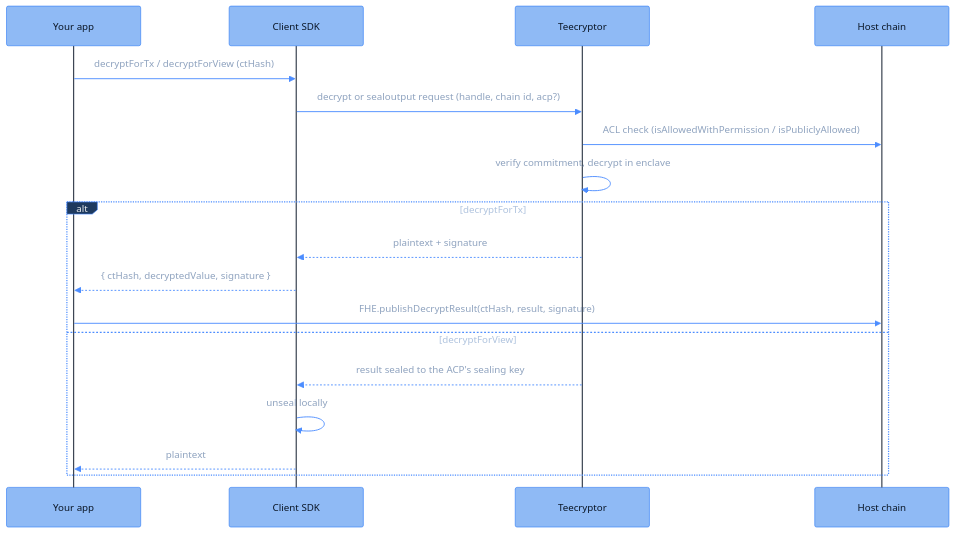
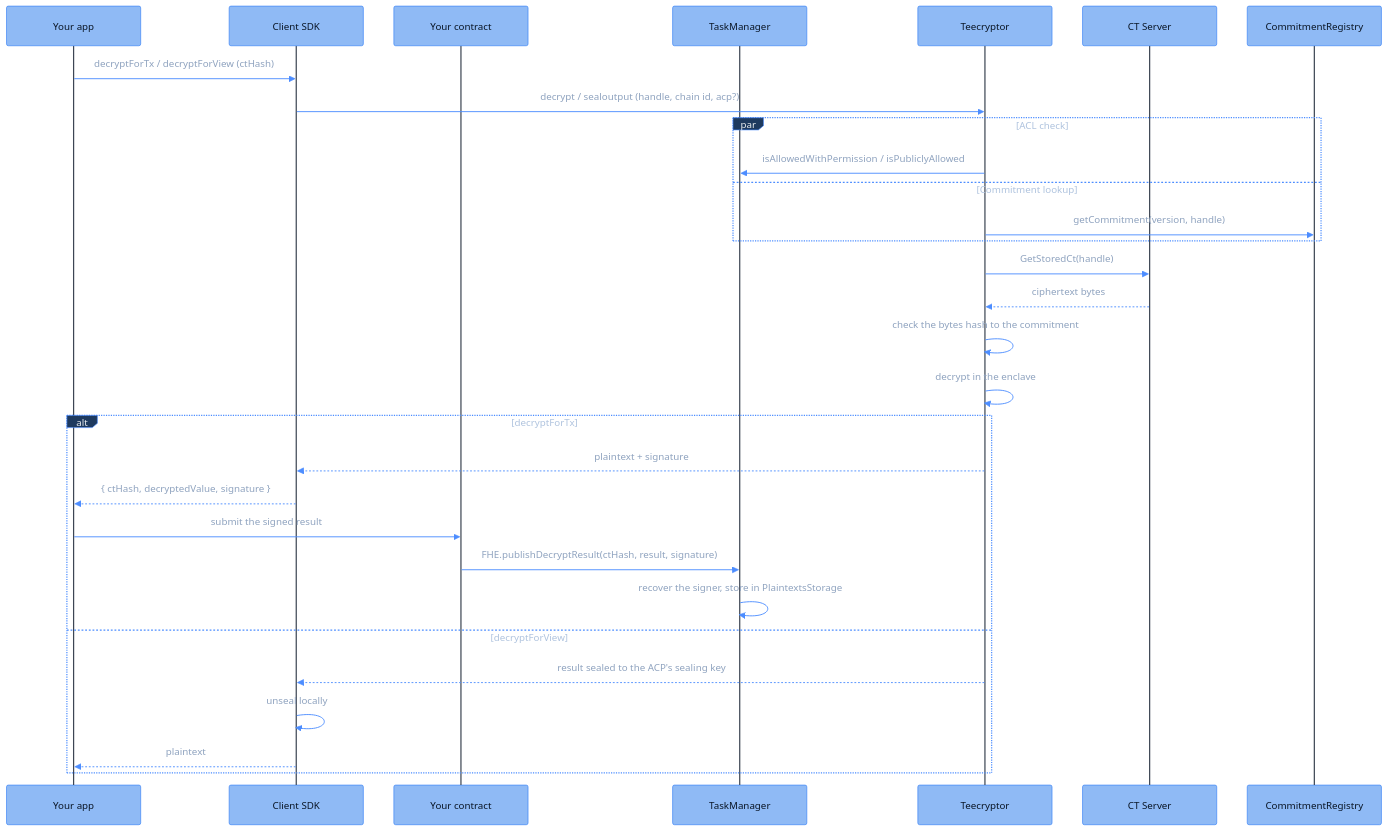
The diagram in deep-dive/data-flows/decryption-request-flow.mdx (FhenixProtocol/fhenix-developer-docs), drawn with Mermaid before and after one commit. The commit also changed other lines of this file and 2 other files, not shown here.

Commit message:
[DOCS] data-flows: one component order across the three flow diagrams

````diff
--- a/deep-dive/data-flows/decryption-request-flow.mdx
+++ b/deep-dive/data-flows/decryption-request-flow.mdx
@@ -91,22 +91,34 @@
 ```mermaid
 %%{init: {"theme": "base", "themeVariables": {"fontFamily": "Menlo, Monaco, Consolas, monospace", "fontSize": "16px", "primaryColor": "#8FBAF5", "primaryBorderColor": "#2E7CF6", "primaryTextColor": "#0A1626", "lineColor": "#4C8DFF", "signalColor": "#4C8DFF", "signalTextColor": "#8FA3BF", "actorBkg": "#8FBAF5", "actorBorder": "#2E7CF6", "actorTextColor": "#0A1626", "actorLineColor": "#3D4654", "noteBkgColor": "#14171C", "noteBorderColor": "#3D4654", "noteTextColor": "#AFC3DE", "activationBkgColor": "#1E3A5F", "activationBorderColor": "#4C8DFF", "clusterBkg": "#14171C", "clusterBorder": "#3D4654", "titleColor": "#E7EAEE", "edgeLabelBackground": "#8FBAF5", "textColor": "#AFC3DE", "labelTextColor": "#E7EAEE", "tertiaryColor": "#14171C", "loopTextColor": "#AFC3DE", "labelBoxBkgColor": "#1E3A5F", "labelBoxBorderColor": "#4C8DFF"}, "sequence": {"actorFontFamily": "Menlo, Monaco, Consolas, monospace", "messageFontFamily": "Menlo, Monaco, Consolas, monospace", "noteFontFamily": "Menlo, Monaco, Consolas, monospace", "width": 220, "actorFontSize": 16, "messageFontSize": 16, "noteFontSize": 15}}}%%
 sequenceDiagram
     participant App as Your app
     participant SDK as Client SDK
-    participant Teecryptor
-    participant Chain as Host chain
+    participant C as Your contract
+    participant TM as TaskManager
+    participant TEE as Teecryptor
+    participant CTS as CT Server
+    participant CR as CommitmentRegistry
 
     App->>SDK: decryptForTx / decryptForView (ctHash)
-    SDK->>Teecryptor: decrypt or sealoutput request (handle, chain id, acp?)
-    Teecryptor->>Chain: ACL check (isAllowedWithPermission / isPubliclyAllowed)
-    Teecryptor->>Teecryptor: verify commitment, decrypt in enclave
+    SDK->>TEE: decrypt / sealoutput (handle, chain id, acp?)
+    par ACL check
+        TEE->>TM: isAllowedWithPermission / isPubliclyAllowed
+    and Commitment lookup
+        TEE->>CR: getCommitment(version, handle)
+    end
+    TEE->>CTS: GetStoredCt(handle)
+    CTS-->>TEE: ciphertext bytes
+    TEE->>TEE: check the bytes hash to the commitment
+    TEE->>TEE: decrypt in the enclave
     alt decryptForTx
-        Teecryptor-->>SDK: plaintext + signature
+        TEE-->>SDK: plaintext + signature
         SDK-->>App: { ctHash, decryptedValue, signature }
-        App->>Chain: FHE.publishDecryptResult(ctHash, result, signature)
+        App->>C: submit the signed result
+        C->>TM: FHE.publishDecryptResult(ctHash, result, signature)
+        TM->>TM: recover the signer, store in PlaintextsStorage
     else decryptForView
-        Teecryptor-->>SDK: result sealed to the ACP's sealing key
+        TEE-->>SDK: result sealed to the ACP's sealing key
         SDK->>SDK: unseal locally
         SDK-->>App: plaintext
     end
 ```
````
